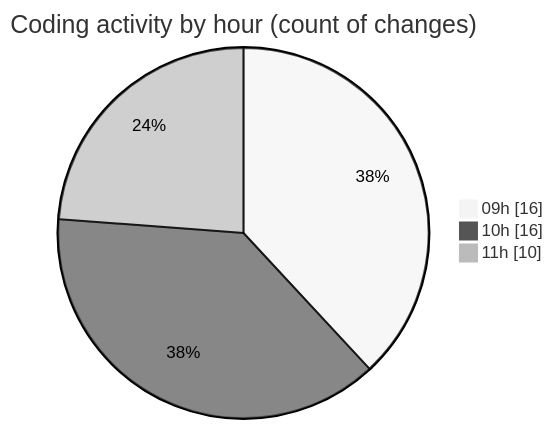
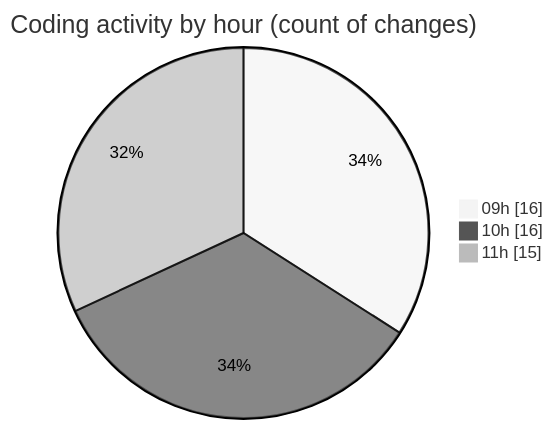
Before and after one commit to momahboobian/code-tracking: the second of 2 diagrams in 2025-07-04/cda/README.md, drawn with Mermaid (neutral theme). The commit also changed other lines of this file and 1 other file, not shown here.

````diff
--- a/2025-07-04/cda/README.md
+++ b/2025-07-04/cda/README.md
@@ -39,7 +39,7 @@
 ```mermaid
 pie showData
 title Coding activity by hour (count of changes)
 "09h" : 16
 "10h" : 16
-"11h" : 10
+"11h" : 15
 ```
````
